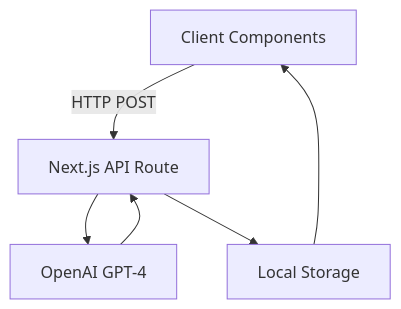
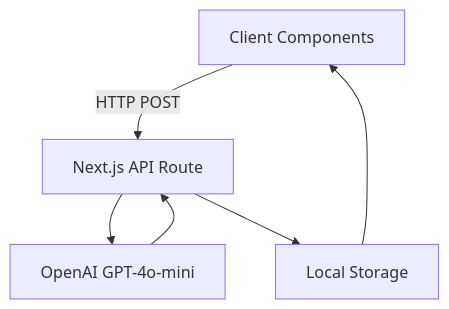
Before and after one commit to AdamK73/TTYFS: the first of 2 diagrams in README.md, drawn with Mermaid. The commit also changed other lines of this file, not shown here.

````diff
--- a/README.md
+++ b/README.md
@@ -58,8 +58,8 @@
 ```mermaid
 graph TD
     A[Client Components] -->|HTTP POST| B[Next.js API Route]
-    B --> C[OpenAI GPT-4]
+    B --> C[OpenAI GPT-4o-mini]
     C --> B
     B --> D[Local Storage]
     D --> A
 ```
````
